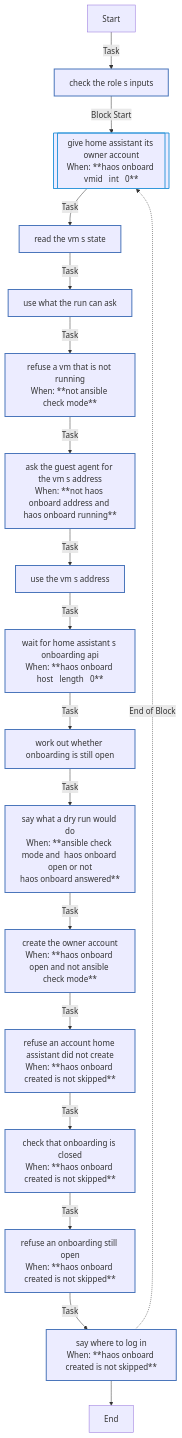
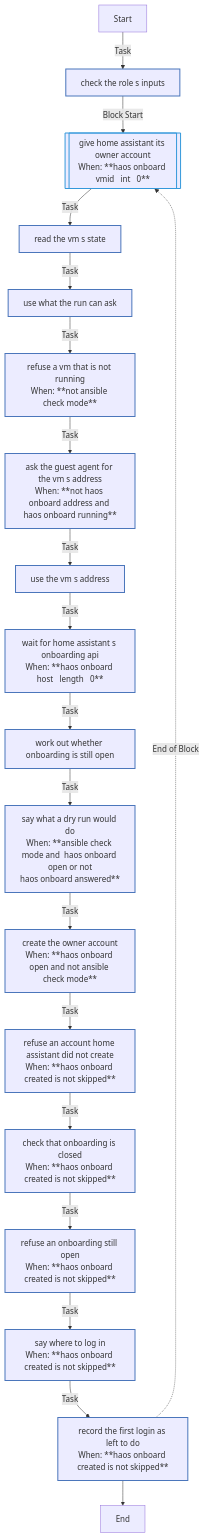
The diagram in roles/haos_onboard/REFERENCE.md (kawadeomkar/homeserver), drawn with Mermaid before and after one commit. The commit also changed other lines of this file and 34 other files, not shown here.

````diff
--- a/roles/haos_onboard/REFERENCE.md
+++ b/roles/haos_onboard/REFERENCE.md
@@ -202,30 +203,31 @@
 ```mermaid
 flowchart TD
 Start
 classDef block stroke:#3498db,stroke-width:2px;
 classDef task stroke:#4b76bb,stroke-width:2px;
 classDef includeTasks stroke:#16a085,stroke-width:2px;
 classDef importTasks stroke:#34495e,stroke-width:2px;
 classDef includeRole stroke:#2980b9,stroke-width:2px;
 classDef importRole stroke:#699ba7,stroke-width:2px;
 classDef includeVars stroke:#8e44ad,stroke-width:2px;
 classDef rescue stroke:#665352,stroke-width:2px;
 
   Start-->|Task| Check_the_role_s_inputs0[check the role s inputs]:::task
   Check_the_role_s_inputs0-->|Block Start| Give_Home_Assistant_its_owner_account1_block_start_0[[give home assistant its owner account<br>When: **haos onboard vmid   int   0**]]:::block
   Give_Home_Assistant_its_owner_account1_block_start_0-->|Task| Read_the_VM_s_state0[read the vm s state]:::task
   Read_the_VM_s_state0-->|Task| Use_what_the_run_can_ask1[use what the run can ask]:::task
   Use_what_the_run_can_ask1-->|Task| Refuse_a_VM_that_is_not_running2[refuse a vm that is not running<br>When: **not ansible check mode**]:::task
   Refuse_a_VM_that_is_not_running2-->|Task| Ask_the_guest_agent_for_the_VM_s_address3[ask the guest agent for the vm s address<br>When: **not haos onboard address and haos onboard running**]:::task
   Ask_the_guest_agent_for_the_VM_s_address3-->|Task| Use_the_VM_s_address4[use the vm s address]:::task
   Use_the_VM_s_address4-->|Task| Wait_for_Home_Assistant_s_onboarding_API5[wait for home assistant s onboarding api<br>When: **haos onboard host   length   0**]:::task
   Wait_for_Home_Assistant_s_onboarding_API5-->|Task| Work_out_whether_onboarding_is_still_open6[work out whether onboarding is still open]:::task
   Work_out_whether_onboarding_is_still_open6-->|Task| Say_what_a_dry_run_would_do7[say what a dry run would do<br>When: **ansible check mode and  haos onboard open or not<br>haos onboard answered**]:::task
   Say_what_a_dry_run_would_do7-->|Task| Create_the_owner_account8[create the owner account<br>When: **haos onboard open and not ansible check mode**]:::task
   Create_the_owner_account8-->|Task| Refuse_an_account_Home_Assistant_did_not_create9[refuse an account home assistant did not create<br>When: **haos onboard created is not skipped**]:::task
   Refuse_an_account_Home_Assistant_did_not_create9-->|Task| Check_that_onboarding_is_closed10[check that onboarding is closed<br>When: **haos onboard created is not skipped**]:::task
   Check_that_onboarding_is_closed10-->|Task| Refuse_an_onboarding_still_open11[refuse an onboarding still open<br>When: **haos onboard created is not skipped**]:::task
   Refuse_an_onboarding_still_open11-->|Task| Say_where_to_log_in12[say where to log in<br>When: **haos onboard created is not skipped**]:::task
-  Say_where_to_log_in12-.->|End of Block| Give_Home_Assistant_its_owner_account1_block_start_0
-  Say_where_to_log_in12-->End
+  Say_where_to_log_in12-->|Task| Record_the_first_login_as_left_to_do13[record the first login as left to do<br>When: **haos onboard created is not skipped**]:::task
+  Record_the_first_login_as_left_to_do13-.->|End of Block| Give_Home_Assistant_its_owner_account1_block_start_0
+  Record_the_first_login_as_left_to_do13-->End
 ```
````
